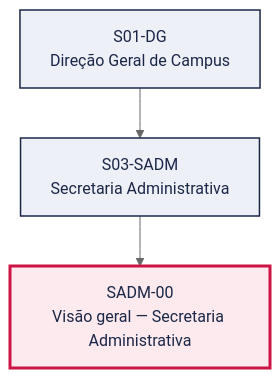
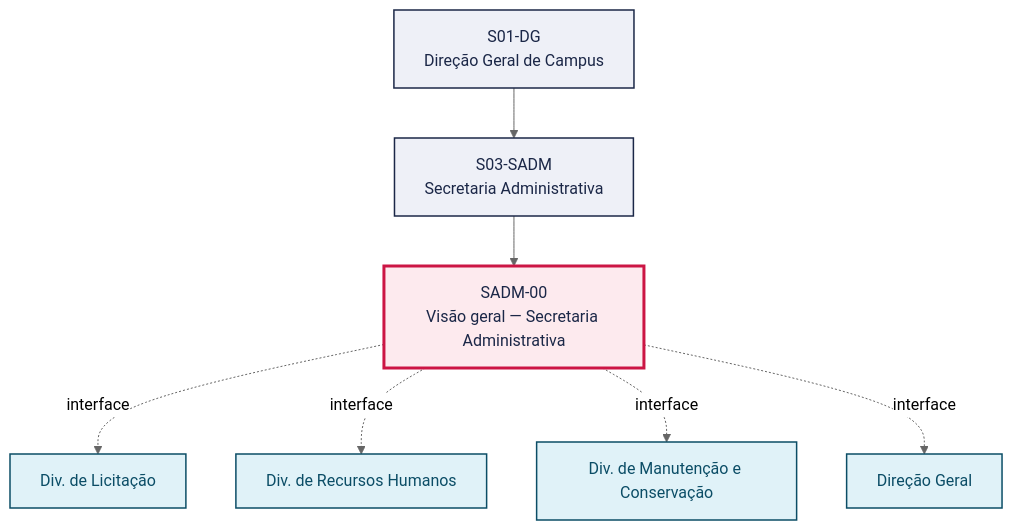
The first of 2 diagrams in pops/SADM/SADM-00.md (jessefers/canvas-vivo-atdg), drawn with Mermaid (neutral theme) before and after one commit. The commit also changed other lines of this file and 6 other files, not shown here.

````diff
--- a/pops/SADM/SADM-00.md
+++ b/pops/SADM/SADM-00.md
@@ -49,13 +51,22 @@
 ```mermaid
 graph TD
   S01_DG["S01-DG<br/>Direção Geral de Campus"]
   S03_SADM["S03-SADM<br/>Secretaria Administrativa"]
   S01_DG --> S03_SADM
   P["SADM-00<br/>Visão geral — Secretaria Administrativa"]
   S03_SADM --> P
+  V1["Div. de Licitação"]
+  P -. interface .-> V1
+  V2["Div. de Recursos Humanos"]
+  P -. interface .-> V2
+  V3["Div. de Manutenção e Conservação"]
+  P -. interface .-> V3
+  V4["Direção Geral"]
+  P -. interface .-> V4
   classDef setor fill:#EEF0F7,stroke:#1B2747,stroke-width:1.5px,color:#1B2747
   classDef destaque fill:#FDEAEE,stroke:#CC1544,stroke-width:3px,color:#1B2747
   classDef vizinho fill:#E0F2F8,stroke:#0B4D66,stroke-width:1.5px,color:#0B4D66
   class S01_DG,S03_SADM setor
   class P destaque
+  class V1,V2,V3,V4 vizinho
 ```
````
